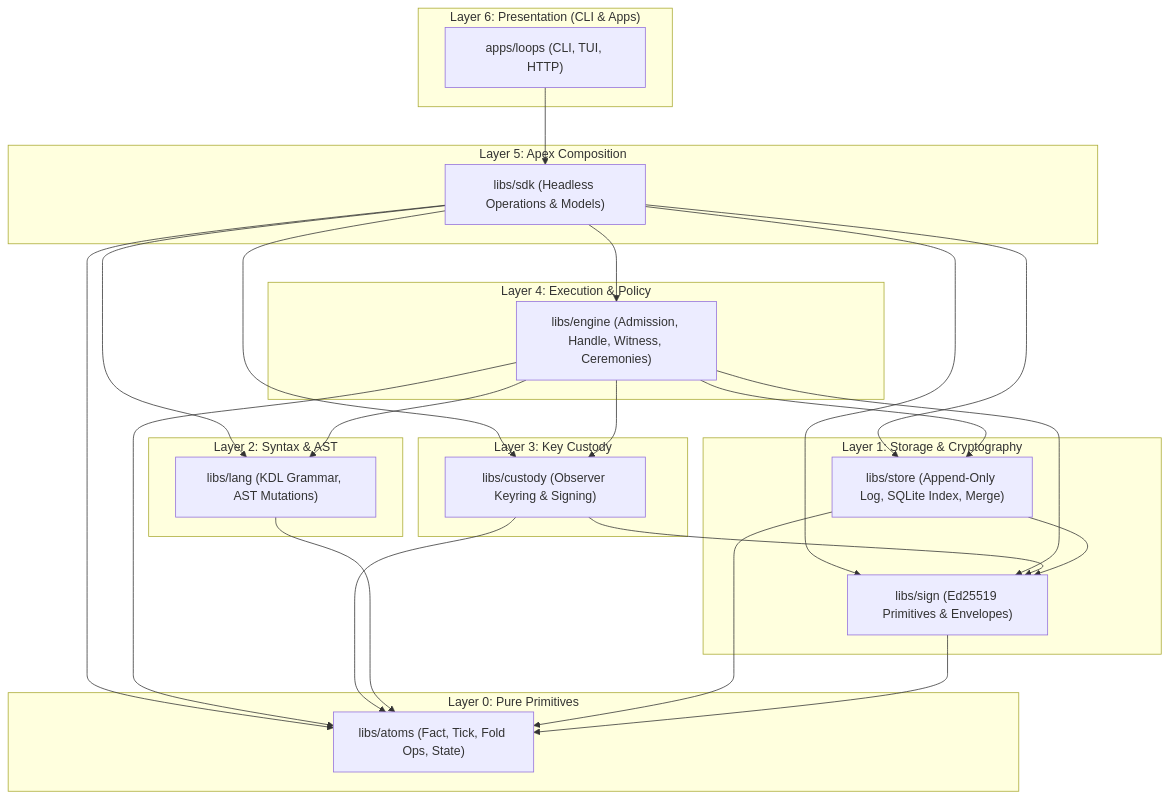
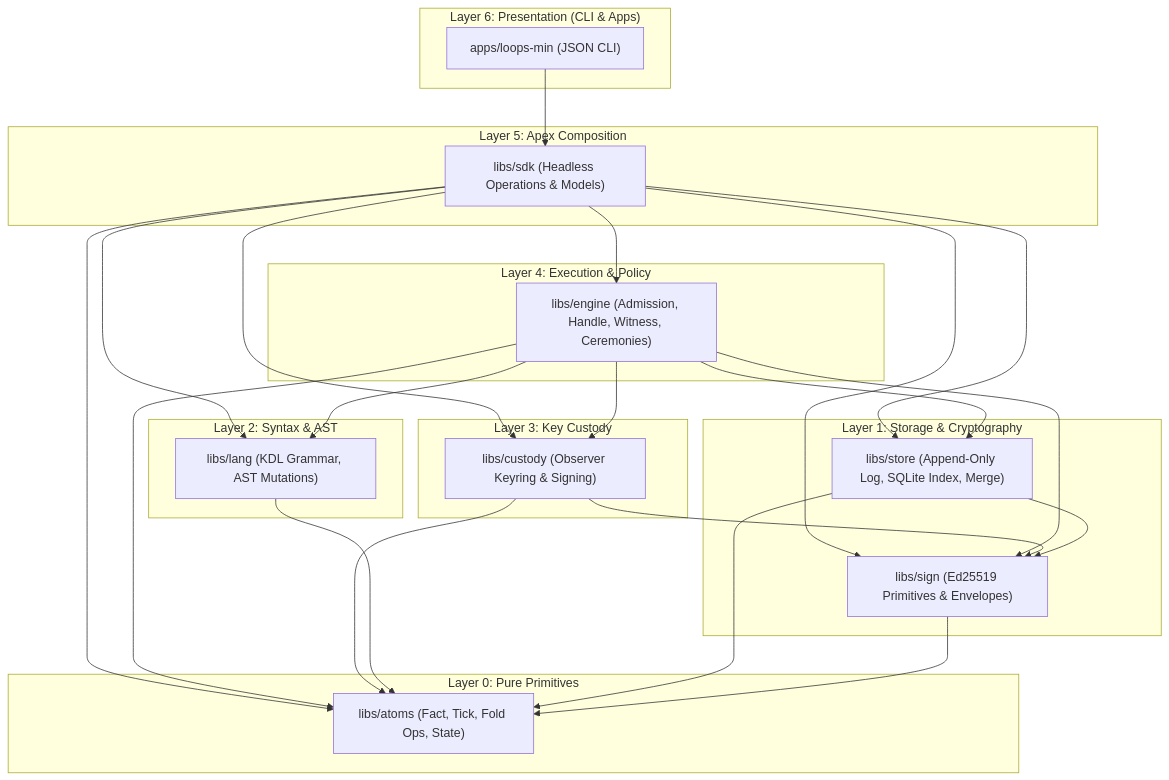
The first of 5 diagrams in docs/libs/sdk/ARCHITECTURE.md (kgruel/strange-loops), drawn with Mermaid before and after one commit. The commit also changed other lines of this file and 466 other files, not shown here.

````diff
--- a/docs/libs/sdk/ARCHITECTURE.md
+++ b/docs/libs/sdk/ARCHITECTURE.md
@@ -26,52 +30,52 @@
 ```mermaid
 graph TD
     subgraph Presentation ["Layer 6: Presentation (CLI & Apps)"]
-        APPS["apps/loops (CLI, TUI, HTTP)"]
+        APPS["apps/loops-min (JSON CLI)"]
     end
 
     subgraph Composition ["Layer 5: Apex Composition"]
         SDK["libs/sdk (Headless Operations & Models)"]
     end
 
     subgraph CoreEngine ["Layer 4: Execution & Policy"]
         ENGINE["libs/engine (Admission, Handle, Witness, Ceremonies)"]
     end
 
     subgraph CustodyLayer ["Layer 3: Key Custody"]
         CUSTODY["libs/custody (Observer Keyring & Signing)"]
     end
 
     subgraph SyntaxLayer ["Layer 2: Syntax & AST"]
         LANG["libs/lang (KDL Grammar, AST Mutations)"]
     end
 
     subgraph StorageCrypto ["Layer 1: Storage & Cryptography"]
         STORE["libs/store (Append-Only Log, SQLite Index, Merge)"]
         SIGN["libs/sign (Ed25519 Primitives & Envelopes)"]
     end
 
     subgraph Primitives ["Layer 0: Pure Primitives"]
         ATOMS["libs/atoms (Fact, Tick, Fold Ops, State)"]
     end
 
     APPS --> SDK
     SDK --> ENGINE
     SDK --> CUSTODY
     SDK --> LANG
     SDK --> STORE
     SDK --> SIGN
     SDK --> ATOMS
 
     ENGINE --> CUSTODY
     ENGINE --> LANG
     ENGINE --> STORE
     ENGINE --> SIGN
     ENGINE --> ATOMS
 
     CUSTODY --> SIGN
     CUSTODY --> ATOMS
     LANG --> ATOMS
     STORE --> SIGN
     STORE --> ATOMS
     SIGN --> ATOMS
 ```
````
